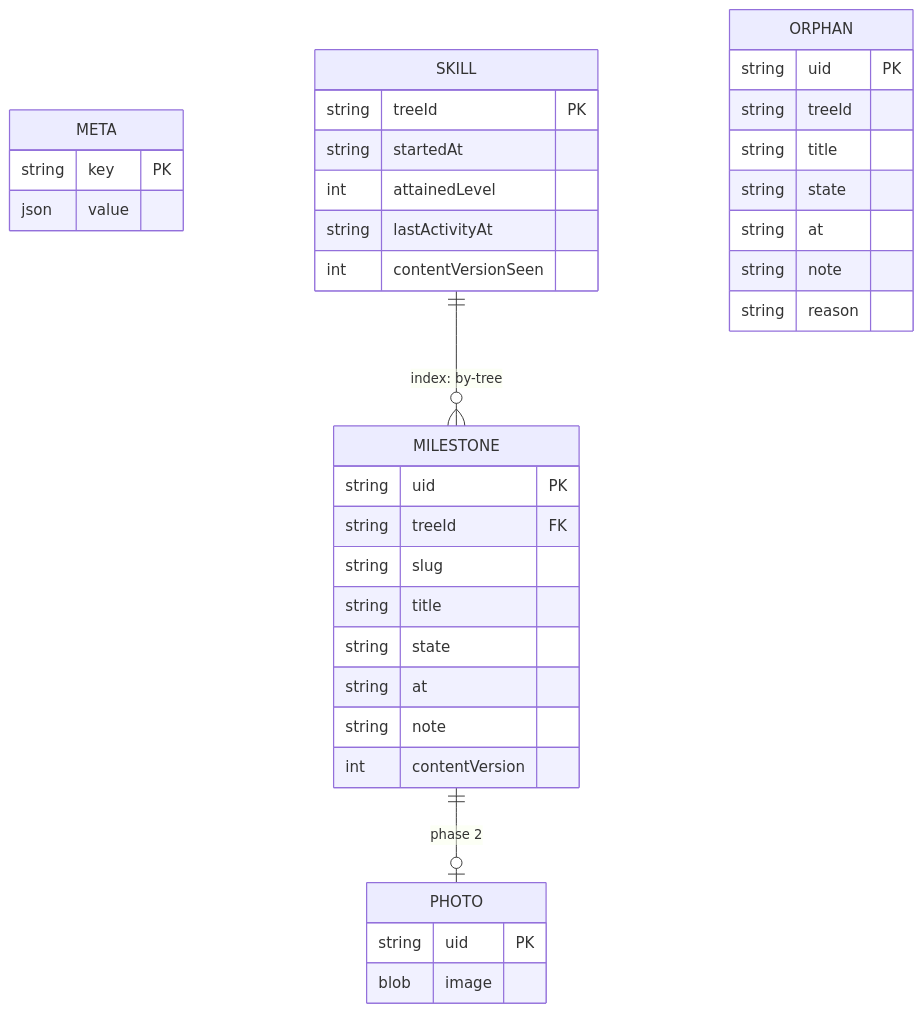
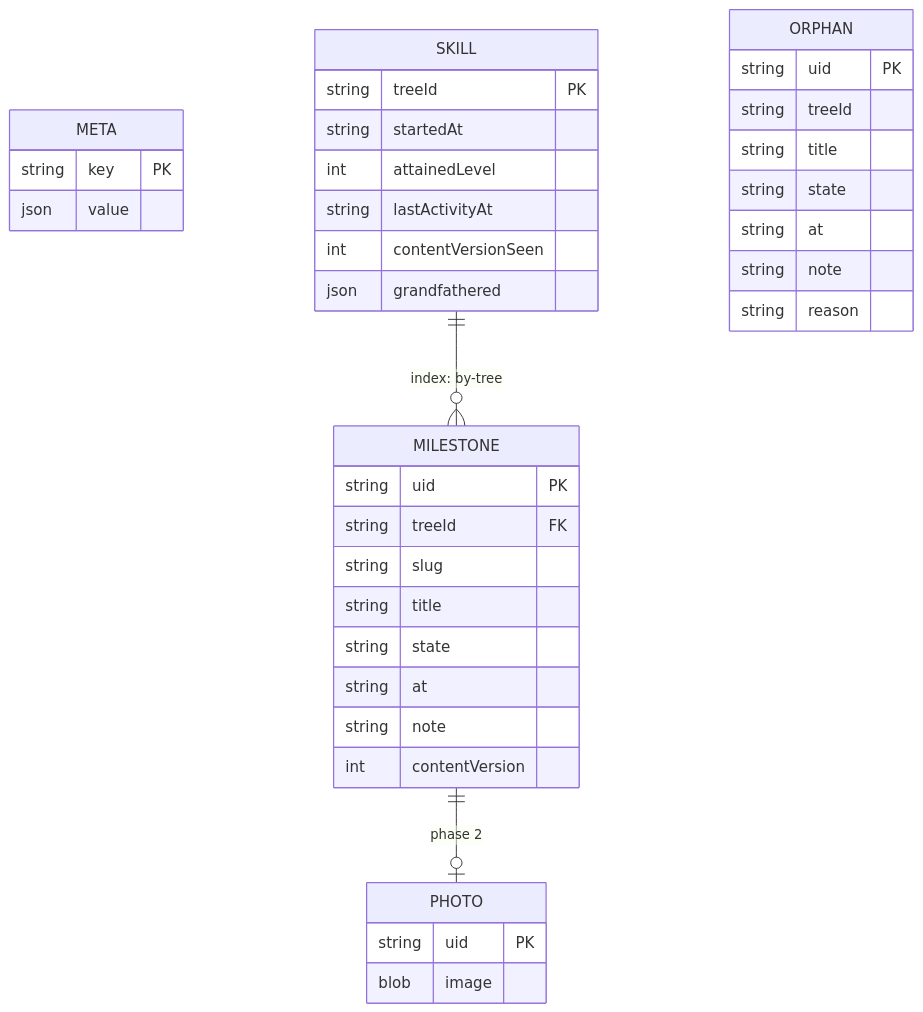
The seventh of 9 diagrams in docs/ARCHITECTURE.md (lifeskilltracker/lifeskilltracker.github.io), drawn with Mermaid before and after one commit. The commit also changed other lines of this file and 17 other files, not shown here.

````diff
--- a/docs/ARCHITECTURE.md
+++ b/docs/ARCHITECTURE.md
@@ -1561,39 +1592,40 @@
 ```mermaid
 erDiagram
     META {
         string key PK
         json   value
     }
     SKILL {
         string treeId PK
         string startedAt
         int    attainedLevel
         string lastActivityAt
         int    contentVersionSeen
+        json   grandfathered
     }
     MILESTONE {
         string uid PK
         string treeId FK
         string slug
         string title
         string state
         string at
         string note
         int    contentVersion
     }
     ORPHAN {
         string uid PK
         string treeId
         string title
         string state
         string at
         string note
         string reason
     }
     PHOTO {
         string uid PK
         blob   image
     }
     SKILL ||--o{ MILESTONE : "index: by-tree"
     MILESTONE ||--o| PHOTO : "phase 2"
 ```
````
